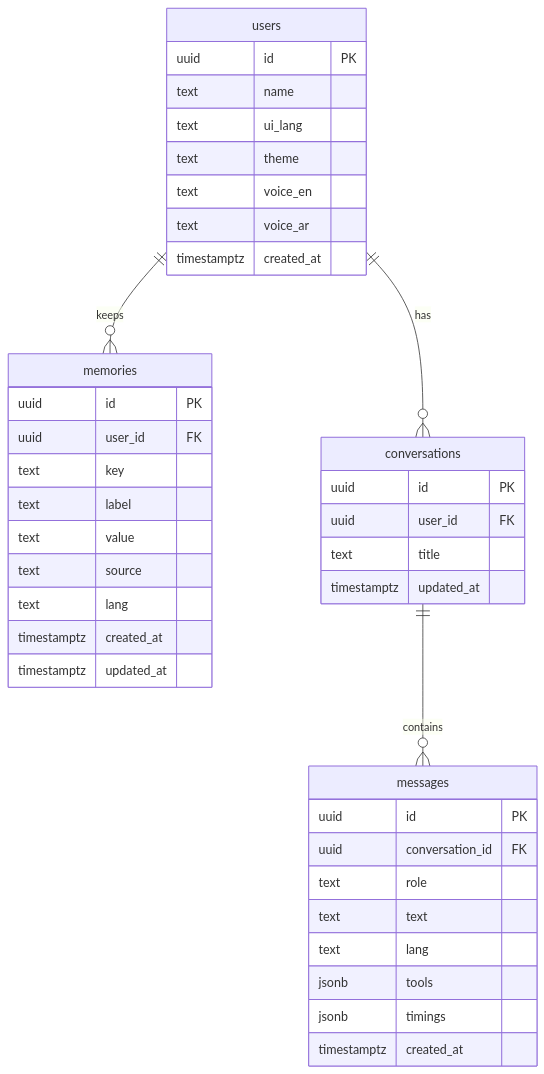
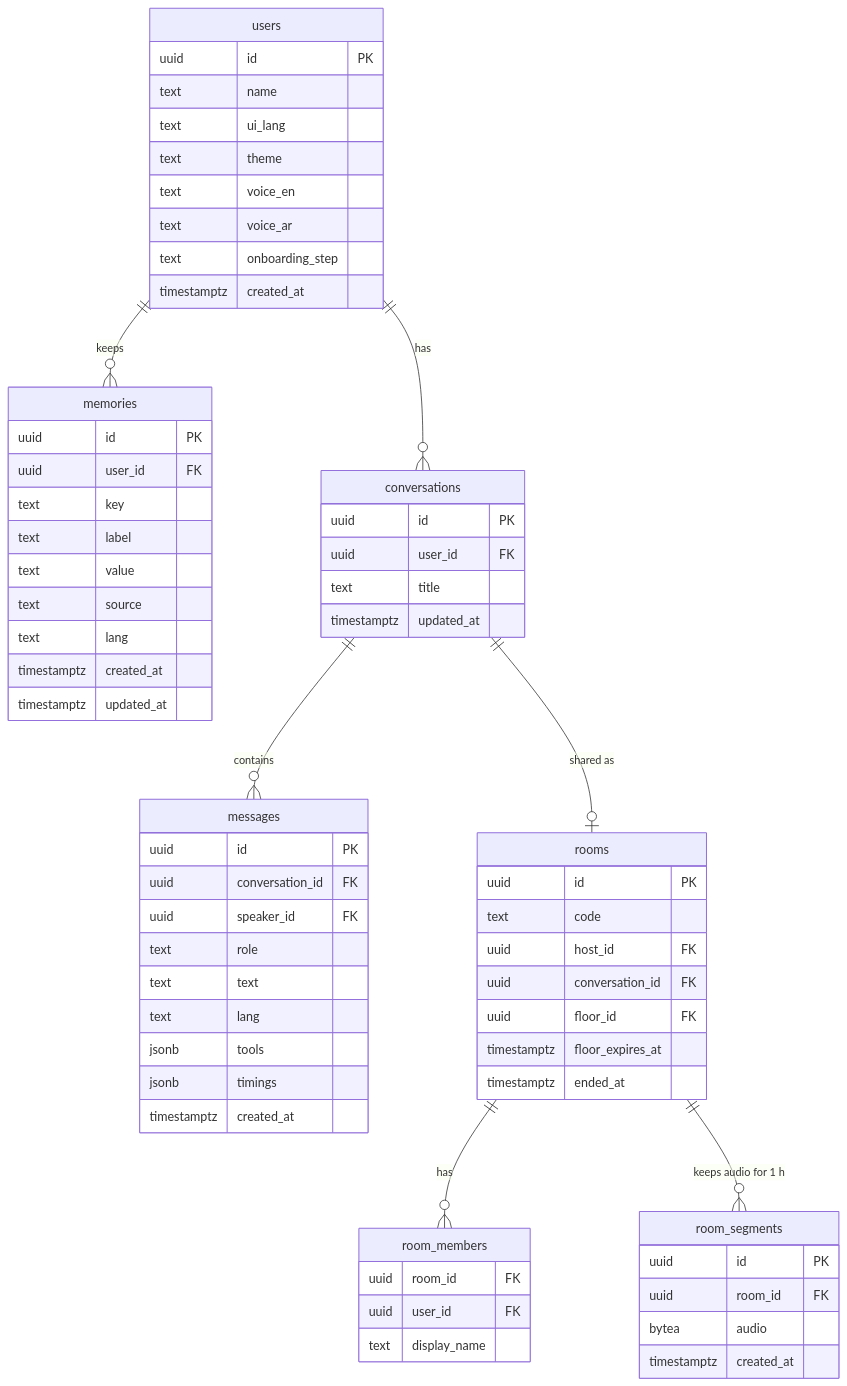
The fifth of 5 diagrams in docs/02-ARCHITECTURE.md (Turki-Sh/Sarjy), drawn with Mermaid before and after one commit. The commit also changed other lines of this file and 9 other files, not shown here.

````diff
--- a/docs/02-ARCHITECTURE.md
+++ b/docs/02-ARCHITECTURE.md
@@ -358,42 +470,67 @@
 ```mermaid
 erDiagram
   users ||--o{ memories : keeps
   users ||--o{ conversations : has
   conversations ||--o{ messages : contains
+  conversations ||--o| rooms : "shared as"
+  rooms ||--o{ room_members : has
+  rooms ||--o{ room_segments : "keeps audio for 1 h"
   users {
     uuid id PK
     text name
     text ui_lang
     text theme
     text voice_en
     text voice_ar
+    text onboarding_step
     timestamptz created_at
   }
   memories {
     uuid id PK
     uuid user_id FK
     text key
     text label
     text value
     text source
     text lang
     timestamptz created_at
     timestamptz updated_at
   }
   conversations {
     uuid id PK
     uuid user_id FK
     text title
     timestamptz updated_at
   }
   messages {
     uuid id PK
     uuid conversation_id FK
+    uuid speaker_id FK
     text role
     text text
     text lang
     jsonb tools
     jsonb timings
     timestamptz created_at
   }
+  rooms {
+    uuid id PK
+    text code
+    uuid host_id FK
+    uuid conversation_id FK
+    uuid floor_id FK
+    timestamptz floor_expires_at
+    timestamptz ended_at
+  }
+  room_members {
+    uuid room_id FK
+    uuid user_id FK
+    text display_name
+  }
+  room_segments {
+    uuid id PK
+    uuid room_id FK
+    bytea audio
+    timestamptz created_at
+  }
 ```
````
